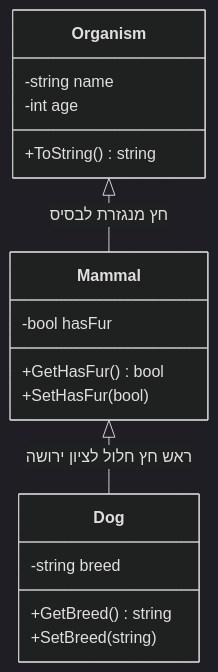
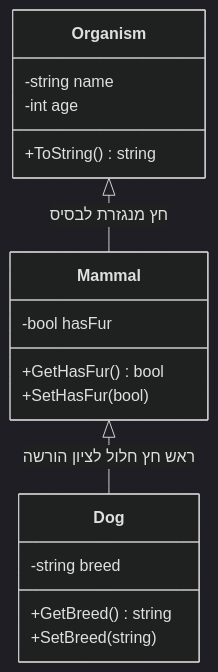
Before and after one commit to 3strategy/BeautifulMivney: the first of 2 diagrams in oop/01inheritance.md, drawn with Mermaid (dark theme). The commit also changed other lines of this file and 6 other files, not shown here.

```diff
--- a/oop/01inheritance.md
+++ b/oop/01inheritance.md
@@ -47,24 +47,24 @@
 <div class="mermaid" style="direction:ltr">
 classDiagram
     direction TB
     class Organism {
       -string name
       -int age
       +ToString() string
     }
     class Mammal {
       -bool hasFur
       +GetHasFur() bool
       +SetHasFur(bool)
     }
     class Dog {
       -string breed
       +GetBreed() string
       +SetBreed(string)
     }
 
     Organism <|-- Mammal : חץ מנגזרת לבסיס
-    Mammal <|-- Dog : ראש חץ חלול לציון ירושה
+    Mammal <|-- Dog : ראש חץ חלול לציון הורשה
 
 
 </div>
```
